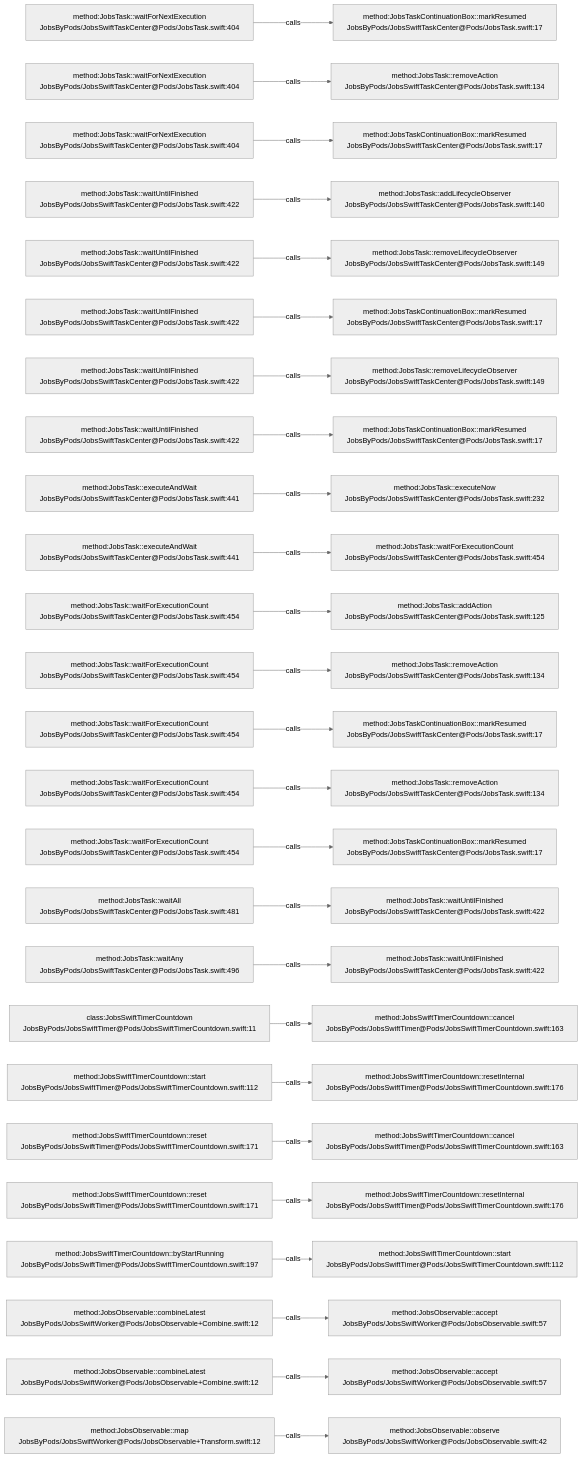
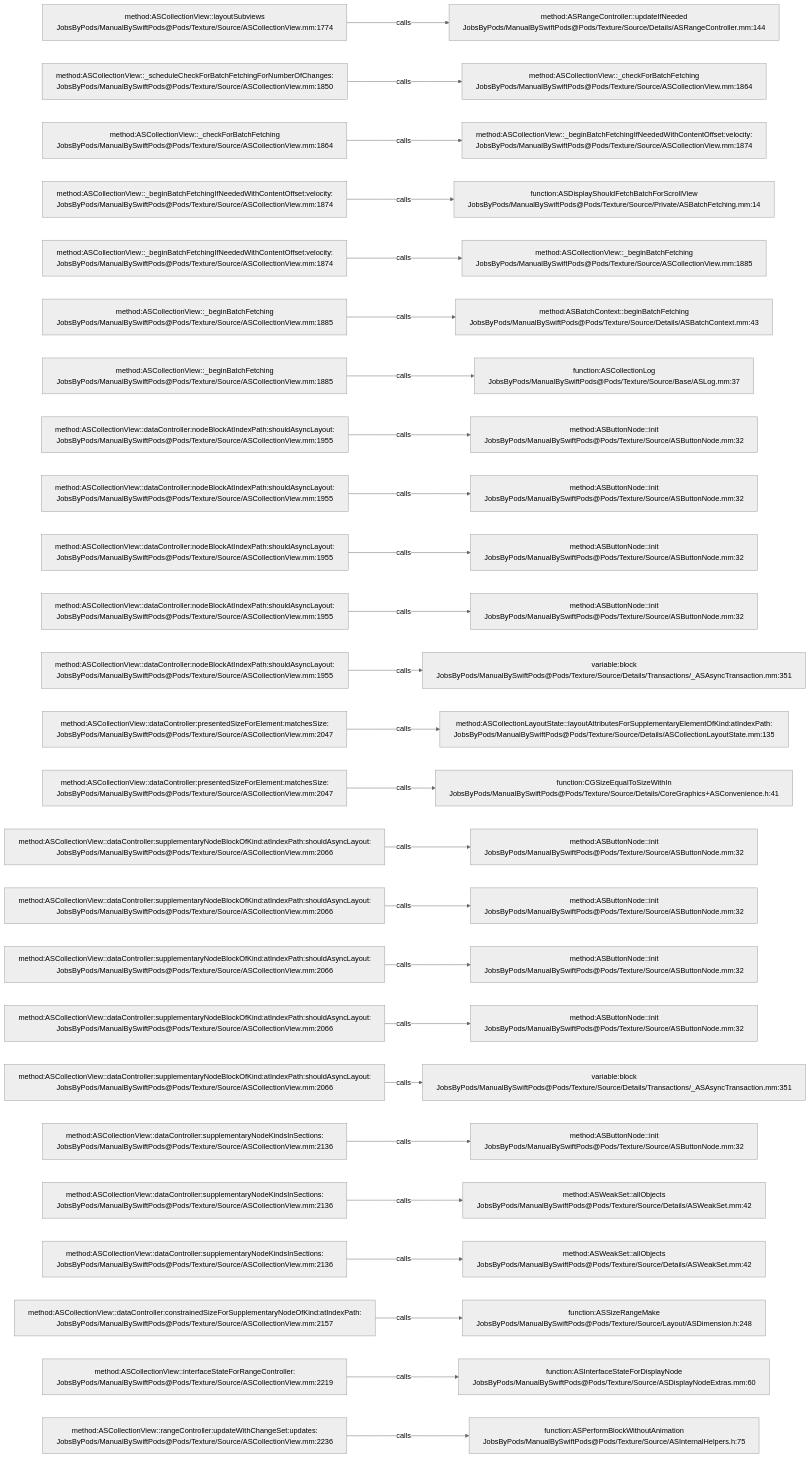
The diagram in .codegraph/codegraph.md/graphs/calls-014.md (JobsKits/JobsSwiftBaseConfigDemo), drawn with Mermaid (neutral theme) before and after one commit. The commit also changed 832 other files, not shown here.

````diff
--- a/.codegraph/codegraph.md/graphs/calls-014.md
+++ b/.codegraph/codegraph.md/graphs/calls-014.md
@@ -13,78 +13,78 @@
 ```mermaid
 flowchart LR
-  S1["method:JobsTask::waitForNextExecution<br/>JobsByPods/JobsSwiftTaskCenter@Pods/JobsTask.swift:404"]
-  T1["method:JobsTaskContinuationBox::markResumed<br/>JobsByPods/JobsSwiftTaskCenter@Pods/JobsTask.swift:17"]
+  S1["method:ASCollectionView::layoutSubviews<br/>JobsByPods/ManualBySwiftPods@Pods/Texture/Source/ASCollectionView.mm:1774"]
+  T1["method:ASRangeController::updateIfNeeded<br/>JobsByPods/ManualBySwiftPods@Pods/Texture/Source/Details/ASRangeController.mm:144"]
   S1 -->|calls| T1
-  S2["method:JobsTask::waitForNextExecution<br/>JobsByPods/JobsSwiftTaskCenter@Pods/JobsTask.swift:404"]
-  T2["method:JobsTask::removeAction<br/>JobsByPods/JobsSwiftTaskCenter@Pods/JobsTask.swift:134"]
+  S2["method:ASCollectionView::_scheduleCheckForBatchFetchingForNumberOfChanges:<br/>JobsByPods/ManualBySwiftPods@Pods/Texture/Source/ASCollectionView.mm:1850"]
+  T2["method:ASCollectionView::_checkForBatchFetching<br/>JobsByPods/ManualBySwiftPods@Pods/Texture/Source/ASCollectionView.mm:1864"]
   S2 -->|calls| T2
-  S3["method:JobsTask::waitForNextExecution<br/>JobsByPods/JobsSwiftTaskCenter@Pods/JobsTask.swift:404"]
-  T3["method:JobsTaskContinuationBox::markResumed<br/>JobsByPods/JobsSwiftTaskCenter@Pods/JobsTask.swift:17"]
+  S3["method:ASCollectionView::_checkForBatchFetching<br/>JobsByPods/ManualBySwiftPods@Pods/Texture/Source/ASCollectionView.mm:1864"]
+  T3["method:ASCollectionView::_beginBatchFetchingIfNeededWithContentOffset:velocity:<br/>JobsByPods/ManualBySwiftPods@Pods/Texture/Source/ASCollectionView.mm:1874"]
   S3 -->|calls| T3
-  S4["method:JobsTask::waitUntilFinished<br/>JobsByPods/JobsSwiftTaskCenter@Pods/JobsTask.swift:422"]
-  T4["method:JobsTask::addLifecycleObserver<br/>JobsByPods/JobsSwiftTaskCenter@Pods/JobsTask.swift:140"]
+  S4["method:ASCollectionView::_beginBatchFetchingIfNeededWithContentOffset:velocity:<br/>JobsByPods/ManualBySwiftPods@Pods/Texture/Source/ASCollectionView.mm:1874"]
+  T4["function:ASDisplayShouldFetchBatchForScrollView<br/>JobsByPods/ManualBySwiftPods@Pods/Texture/Source/Private/ASBatchFetching.mm:14"]
   S4 -->|calls| T4
-  S5["method:JobsTask::waitUntilFinished<br/>JobsByPods/JobsSwiftTaskCenter@Pods/JobsTask.swift:422"]
-  T5["method:JobsTask::removeLifecycleObserver<br/>JobsByPods/JobsSwiftTaskCenter@Pods/JobsTask.swift:149"]
+  S5["method:ASCollectionView::_beginBatchFetchingIfNeededWithContentOffset:velocity:<br/>JobsByPods/ManualBySwiftPods@Pods/Texture/Source/ASCollectionView.mm:1874"]
+  T5["method:ASCollectionView::_beginBatchFetching<br/>JobsByPods/ManualBySwiftPods@Pods/Texture/Source/ASCollectionView.mm:1885"]
   S5 -->|calls| T5
-  S6["method:JobsTask::waitUntilFinished<br/>JobsByPods/JobsSwiftTaskCenter@Pods/JobsTask.swift:422"]
-  T6["method:JobsTaskContinuationBox::markResumed<br/>JobsByPods/JobsSwiftTaskCenter@Pods/JobsTask.swift:17"]
+  S6["method:ASCollectionView::_beginBatchFetching<br/>JobsByPods/ManualBySwiftPods@Pods/Texture/Source/ASCollectionView.mm:1885"]
+  T6["method:ASBatchContext::beginBatchFetching<br/>JobsByPods/ManualBySwiftPods@Pods/Texture/Source/Details/ASBatchContext.mm:43"]
   S6 -->|calls| T6
-  S7["method:JobsTask::waitUntilFinished<br/>JobsByPods/JobsSwiftTaskCenter@Pods/JobsTask.swift:422"]
-  T7["method:JobsTask::removeLifecycleObserver<br/>JobsByPods/JobsSwiftTaskCenter@Pods/JobsTask.swift:149"]
+  S7["method:ASCollectionView::_beginBatchFetching<br/>JobsByPods/ManualBySwiftPods@Pods/Texture/Source/ASCollectionView.mm:1885"]
+  T7["function:ASCollectionLog<br/>JobsByPods/ManualBySwiftPods@Pods/Texture/Source/Base/ASLog.mm:37"]
   S7 -->|calls| T7
-  S8["method:JobsTask::waitUntilFinished<br/>JobsByPods/JobsSwiftTaskCenter@Pods/JobsTask.swift:422"]
-  T8["method:JobsTaskContinuationBox::markResumed<br/>JobsByPods/JobsSwiftTaskCenter@Pods/JobsTask.swift:17"]
+  S8["method:ASCollectionView::dataController:nodeBlockAtIndexPath:shouldAsyncLayout:<br/>JobsByPods/ManualBySwiftPods@Pods/Texture/Source/ASCollectionView.mm:1955"]
+  T8["method:ASButtonNode::init<br/>JobsByPods/ManualBySwiftPods@Pods/Texture/Source/ASButtonNode.mm:32"]
   S8 -->|calls| T8
-  S9["method:JobsTask::executeAndWait<br/>JobsByPods/JobsSwiftTaskCenter@Pods/JobsTask.swift:441"]
-  T9["method:JobsTask::executeNow<br/>JobsByPods/JobsSwiftTaskCenter@Pods/JobsTask.swift:232"]
+  S9["method:ASCollectionView::dataController:nodeBlockAtIndexPath:shouldAsyncLayout:<br/>JobsByPods/ManualBySwiftPods@Pods/Texture/Source/ASCollectionView.mm:1955"]
+  T9["method:ASButtonNode::init<br/>JobsByPods/ManualBySwiftPods@Pods/Texture/Source/ASButtonNode.mm:32"]
   S9 -->|calls| T9
-  S10["method:JobsTask::executeAndWait<br/>JobsByPods/JobsSwiftTaskCenter@Pods/JobsTask.swift:441"]
-  T10["method:JobsTask::waitForExecutionCount<br/>JobsByPods/JobsSwiftTaskCenter@Pods/JobsTask.swift:454"]
+  S10["method:ASCollectionView::dataController:nodeBlockAtIndexPath:shouldAsyncLayout:<br/>JobsByPods/ManualBySwiftPods@Pods/Texture/Source/ASCollectionView.mm:1955"]
+  T10["method:ASButtonNode::init<br/>JobsByPods/ManualBySwiftPods@Pods/Texture/Source/ASButtonNode.mm:32"]
   S10 -->|calls| T10
-  S11["method:JobsTask::waitForExecutionCount<br/>JobsByPods/JobsSwiftTaskCenter@Pods/JobsTask.swift:454"]
-  T11["method:JobsTask::addAction<br/>JobsByPods/JobsSwiftTaskCenter@Pods/JobsTask.swift:125"]
+  S11["method:ASCollectionView::dataController:nodeBlockAtIndexPath:shouldAsyncLayout:<br/>JobsByPods/ManualBySwiftPods@Pods/Texture/Source/ASCollectionView.mm:1955"]
+  T11["method:ASButtonNode::init<br/>JobsByPods/ManualBySwiftPods@Pods/Texture/Source/ASButtonNode.mm:32"]
   S11 -->|calls| T11
-  S12["method:JobsTask::waitForExecutionCount<br/>JobsByPods/JobsSwiftTaskCenter@Pods/JobsTask.swift:454"]
-  T12["method:JobsTask::removeAction<br/>JobsByPods/JobsSwiftTaskCenter@Pods/JobsTask.swift:134"]
+  S12["method:ASCollectionView::dataController:nodeBlockAtIndexPath:shouldAsyncLayout:<br/>JobsByPods/ManualBySwiftPods@Pods/Texture/Source/ASCollectionView.mm:1955"]
+  T12["variable:block<br/>JobsByPods/ManualBySwiftPods@Pods/Texture/Source/Details/Transactions/_ASAsyncTransaction.mm:351"]
   S12 -->|calls| T12
-  S13["method:JobsTask::waitForExecutionCount<br/>JobsByPods/JobsSwiftTaskCenter@Pods/JobsTask.swift:454"]
-  T13["method:JobsTaskContinuationBox::markResumed<br/>JobsByPods/JobsSwiftTaskCenter@Pods/JobsTask.swift:17"]
+  S13["method:ASCollectionView::dataController:presentedSizeForElement:matchesSize:<br/>JobsByPods/ManualBySwiftPods@Pods/Texture/Source/ASCollectionView.mm:2047"]
+  T13["method:ASCollectionLayoutState::layoutAttributesForSupplementaryElementOfKind:atIndexPath:<br/>JobsByPods/ManualBySwiftPods@Pods/Texture/Source/Details/ASCollectionLayoutState.mm:135"]
   S13 -->|calls| T13
-  S14["method:JobsTask::waitForExecutionCount<br/>JobsByPods/JobsSwiftTaskCenter@Pods/JobsTask.swift:454"]
-  T14["method:JobsTask::removeAction<br/>JobsByPods/JobsSwiftTaskCenter@Pods/JobsTask.swift:134"]
+  S14["method:ASCollectionView::dataController:presentedSizeForElement:matchesSize:<br/>JobsByPods/ManualBySwiftPods@Pods/Texture/Source/ASCollectionView.mm:2047"]
+  T14["function:CGSizeEqualToSizeWithIn<br/>JobsByPods/ManualBySwiftPods@Pods/Texture/Source/Details/CoreGraphics+ASConvenience.h:41"]
   S14 -->|calls| T14
-  S15["method:JobsTask::waitForExecutionCount<br/>JobsByPods/JobsSwiftTaskCenter@Pods/JobsTask.swift:454"]
-  T15["method:JobsTaskContinuationBox::markResumed<br/>JobsByPods/JobsSwiftTaskCenter@Pods/JobsTask.swift:17"]
+  S15["method:ASCollectionView::dataController:supplementaryNodeBlockOfKind:atIndexPath:shouldAsyncLayout:<br/>JobsByPods/ManualBySwiftPods@Pods/Texture/Source/ASCollectionView.mm:2066"]
+  T15["method:ASButtonNode::init<br/>JobsByPods/ManualBySwiftPods@Pods/Texture/Source/ASButtonNode.mm:32"]
   S15 -->|calls| T15
-  S16["method:JobsTask::waitAll<br/>JobsByPods/JobsSwiftTaskCenter@Pods/JobsTask.swift:481"]
-  T16["method:JobsTask::waitUntilFinished<br/>JobsByPods/JobsSwiftTaskCenter@Pods/JobsTask.swift:422"]
+  S16["method:ASCollectionView::dataController:supplementaryNodeBlockOfKind:atIndexPath:shouldAsyncLayout:<br/>JobsByPods/ManualBySwiftPods@Pods/Texture/Source/ASCollectionView.mm:2066"]
+  T16["method:ASButtonNode::init<br/>JobsByPods/ManualBySwiftPods@Pods/Texture/Source/ASButtonNode.mm:32"]
   S16 -->|calls| T16
-  S17["method:JobsTask::waitAny<br/>JobsByPods/JobsSwiftTaskCenter@Pods/JobsTask.swift:496"]
-  T17["method:JobsTask::waitUntilFinished<br/>JobsByPods/JobsSwiftTaskCenter@Pods/JobsTask.swift:422"]
+  S17["method:ASCollectionView::dataController:supplementaryNodeBlockOfKind:atIndexPath:shouldAsyncLayout:<br/>JobsByPods/ManualBySwiftPods@Pods/Texture/Source/ASCollectionView.mm:2066"]
+  T17["method:ASButtonNode::init<br/>JobsByPods/ManualBySwiftPods@Pods/Texture/Source/ASButtonNode.mm:32"]
   S17 -->|calls| T17
-  S18["class:JobsSwiftTimerCountdown<br/>JobsByPods/JobsSwiftTimer@Pods/JobsSwiftTimerCountdown.swift:11"]
-  T18["method:JobsSwiftTimerCountdown::cancel<br/>JobsByPods/JobsSwiftTimer@Pods/JobsSwiftTimerCountdown.swift:163"]
+  S18["method:ASCollectionView::dataController:supplementaryNodeBlockOfKind:atIndexPath:shouldAsyncLayout:<br/>JobsByPods/ManualBySwiftPods@Pods/Texture/Source/ASCollectionView.mm:2066"]
+  T18["method:ASButtonNode::init<br/>JobsByPods/ManualBySwiftPods@Pods/Texture/Source/ASButtonNode.mm:32"]
   S18 -->|calls| T18
-  S19["method:JobsSwiftTimerCountdown::start<br/>JobsByPods/JobsSwiftTimer@Pods/JobsSwiftTimerCountdown.swift:112"]
-  T19["method:JobsSwiftTimerCountdown::resetInternal<br/>JobsByPods/JobsSwiftTimer@Pods/JobsSwiftTimerCountdown.swift:176"]
+  S19["method:ASCollectionView::dataController:supplementaryNodeBlockOfKind:atIndexPath:shouldAsyncLayout:<br/>JobsByPods/ManualBySwiftPods@Pods/Texture/Source/ASCollectionView.mm:2066"]
+  T19["variable:block<br/>JobsByPods/ManualBySwiftPods@Pods/Texture/Source/Details/Transactions/_ASAsyncTransaction.mm:351"]
   S19 -->|calls| T19
-  S20["method:JobsSwiftTimerCountdown::reset<br/>JobsByPods/JobsSwiftTimer@Pods/JobsSwiftTimerCountdown.swift:171"]
-  T20["method:JobsSwiftTimerCountdown::cancel<br/>JobsByPods/JobsSwiftTimer@Pods/JobsSwiftTimerCountdown.swift:163"]
+  S20["method:ASCollectionView::dataController:supplementaryNodeKindsInSections:<br/>JobsByPods/ManualBySwiftPods@Pods/Texture/Source/ASCollectionView.mm:2136"]
+  T20["method:ASButtonNode::init<br/>JobsByPods/ManualBySwiftPods@Pods/Texture/Source/ASButtonNode.mm:32"]
   S20 -->|calls| T20
-  S21["method:JobsSwiftTimerCountdown::reset<br/>JobsByPods/JobsSwiftTimer@Pods/JobsSwiftTimerCountdown.swift:171"]
-  T21["method:JobsSwiftTimerCountdown::resetInternal<br/>JobsByPods/JobsSwiftTimer@Pods/JobsSwiftTimerCountdown.swift:176"]
+  S21["method:ASCollectionView::dataController:supplementaryNodeKindsInSections:<br/>JobsByPods/ManualBySwiftPods@Pods/Texture/Source/ASCollectionView.mm:2136"]
+  T21["method:ASWeakSet::allObjects<br/>JobsByPods/ManualBySwiftPods@Pods/Texture/Source/Details/ASWeakSet.mm:42"]
   S21 -->|calls| T21
-  S22["method:JobsSwiftTimerCountdown::byStartRunning<br/>JobsByPods/JobsSwiftTimer@Pods/JobsSwiftTimerCountdown.swift:197"]
-  T22["method:JobsSwiftTimerCountdown::start<br/>JobsByPods/JobsSwiftTimer@Pods/JobsSwiftTimerCountdown.swift:112"]
+  S22["method:ASCollectionView::dataController:supplementaryNodeKindsInSections:<br/>JobsByPods/ManualBySwiftPods@Pods/Texture/Source/ASCollectionView.mm:2136"]
+  T22["method:ASWeakSet::allObjects<br/>JobsByPods/ManualBySwiftPods@Pods/Texture/Source/Details/ASWeakSet.mm:42"]
   S22 -->|calls| T22
-  S23["method:JobsObservable::combineLatest<br/>JobsByPods/JobsSwiftWorker@Pods/JobsObservable+Combine.swift:12"]
-  T23["method:JobsObservable::accept<br/>JobsByPods/JobsSwiftWorker@Pods/JobsObservable.swift:57"]
+  S23["method:ASCollectionView::dataController:constrainedSizeForSupplementaryNodeOfKind:atIndexPath:<br/>JobsByPods/ManualBySwiftPods@Pods/Texture/Source/ASCollectionView.mm:2157"]
+  T23["function:ASSizeRangeMake<br/>JobsByPods/ManualBySwiftPods@Pods/Texture/Source/Layout/ASDimension.h:248"]
   S23 -->|calls| T23
-  S24["method:JobsObservable::combineLatest<br/>JobsByPods/JobsSwiftWorker@Pods/JobsObservable+Combine.swift:12"]
-  T24["method:JobsObservable::accept<br/>JobsByPods/JobsSwiftWorker@Pods/JobsObservable.swift:57"]
+  S24["method:ASCollectionView::interfaceStateForRangeController:<br/>JobsByPods/ManualBySwiftPods@Pods/Texture/Source/ASCollectionView.mm:2219"]
+  T24["function:ASInterfaceStateForDisplayNode<br/>JobsByPods/ManualBySwiftPods@Pods/Texture/Source/ASDisplayNodeExtras.mm:60"]
   S24 -->|calls| T24
-  S25["method:JobsObservable::map<br/>JobsByPods/JobsSwiftWorker@Pods/JobsObservable+Transform.swift:12"]
-  T25["method:JobsObservable::observe<br/>JobsByPods/JobsSwiftWorker@Pods/JobsObservable.swift:42"]
+  S25["method:ASCollectionView::rangeController:updateWithChangeSet:updates:<br/>JobsByPods/ManualBySwiftPods@Pods/Texture/Source/ASCollectionView.mm:2236"]
+  T25["function:ASPerformBlockWithoutAnimation<br/>JobsByPods/ManualBySwiftPods@Pods/Texture/Source/ASInternalHelpers.h:75"]
   S25 -->|calls| T25
 ```
````
